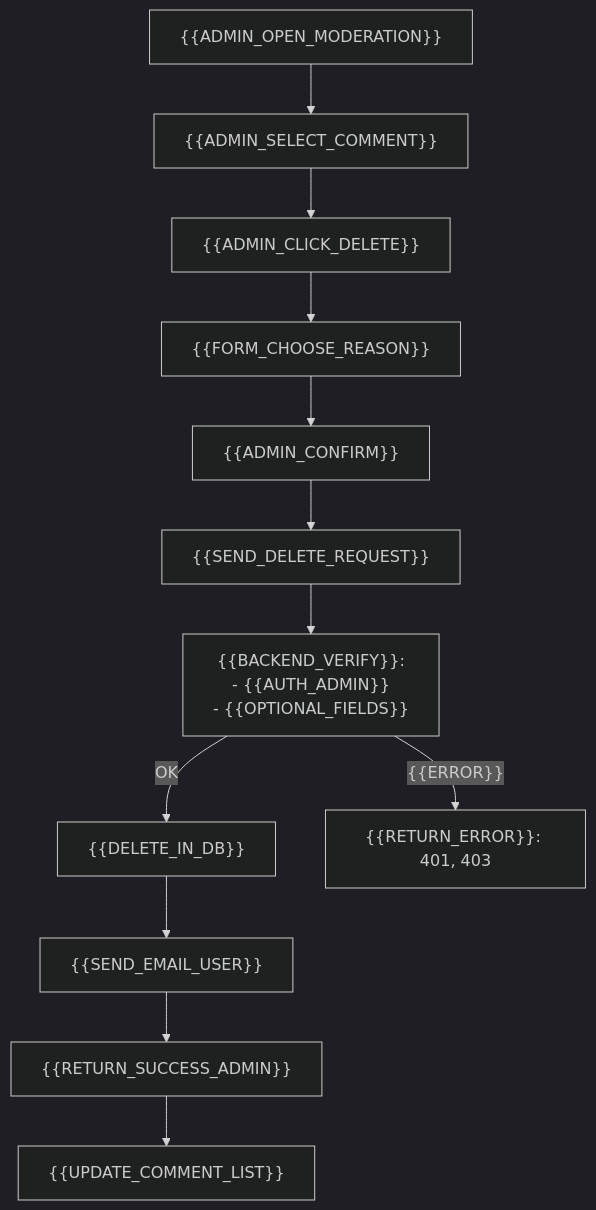
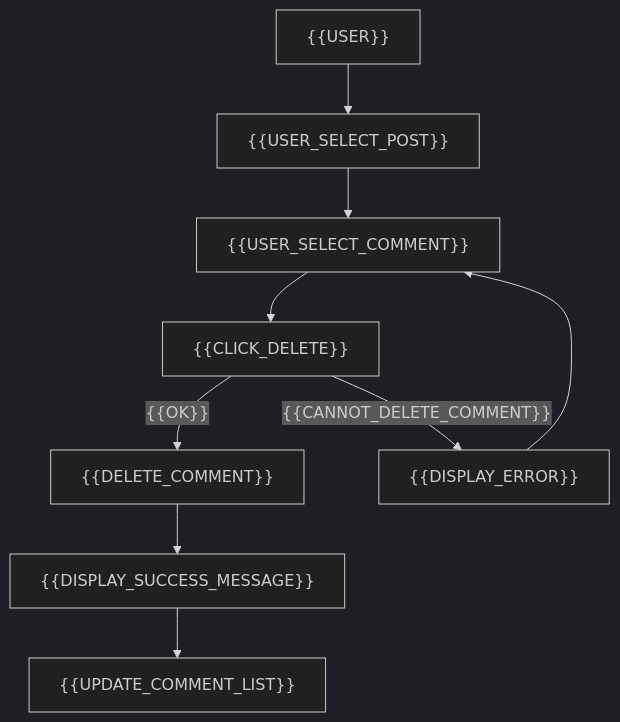
The diagram in Documents/Edition-files/UserFlow/comment_ticket_delete.mmd (lchouville/NexaCore), drawn with Mermaid before and after one commit. The commit also changed 148 other files, not shown here.

Commit message:
Add French translations for UI elements, API backend, architecture, database tables, fields, and types; remove outdated French translations; add English translations for new keys; update README with usage instructions.

```diff
--- a/Documents/Edition-files/UserFlow/comment_ticket_delete.mmd
+++ b/Documents/Edition-files/UserFlow/comment_ticket_delete.mmd
@@ -1,20 +1,27 @@
 ---
 config:
     theme: dark
     look: classic
     layout: dagre
 ---
 flowchart TD
-A["{{ADMIN_OPEN_MODERATION}}"] --> B["{{ADMIN_SELECT_COMMENT}}"]
-B --> C["{{ADMIN_CLICK_DELETE}}"]
-C --> D["{{FORM_CHOOSE_REASON}}"]
-D --> E["{{ADMIN_CONFIRM}}"]
-E --> F["{{SEND_DELETE_REQUEST}}"]
-F --> G["{{BACKEND_VERIFY}}:  
-- {{AUTH_ADMIN}}  
-- {{OPTIONAL_FIELDS}}"]
-G -->|OK| H["{{DELETE_IN_DB}}"]
-G -->|"{{ERROR}}"| G1["{{RETURN_ERROR}}: 401, 403"]
-H --> I["{{SEND_EMAIL_USER}}"]
-I --> J["{{RETURN_SUCCESS_ADMIN}}"]
-J --> K["{{UPDATE_COMMENT_LIST}}"]
+
+%% Nodes definition
+A["{{USER}}"]
+B["{{USER_SELECT_POST}}"]
+C["{{USER_SELECT_COMMENT}}"]
+D["{{CLICK_DELETE}}"]
+Iy["{{DELETE_COMMENT}}"]
+In["{{DISPLAY_ERROR}}"]
+K["{{DISPLAY_SUCCESS_MESSAGE}}"]
+L["{{UPDATE_COMMENT_LIST}}"]
+
+%% Flow definition
+A --> B
+B --> C
+C --> D
+D -->|"{{CANNOT_DELETE_COMMENT}}"| In
+In --> C
+D -->|"{{OK}}"| Iy
+Iy --> K
+K --> L
```
